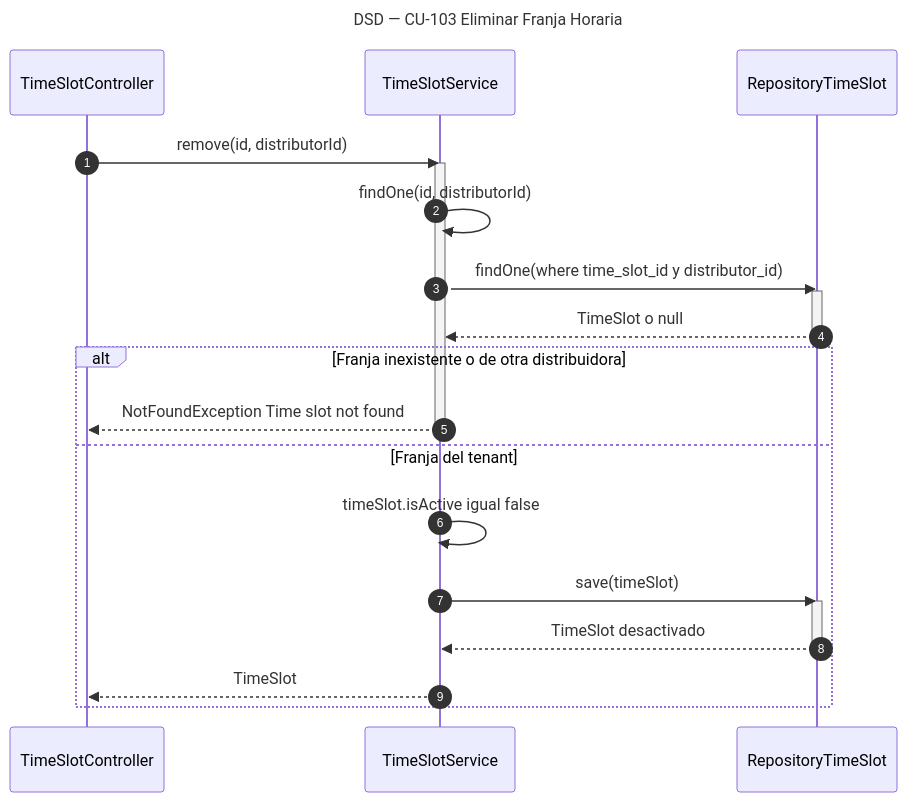
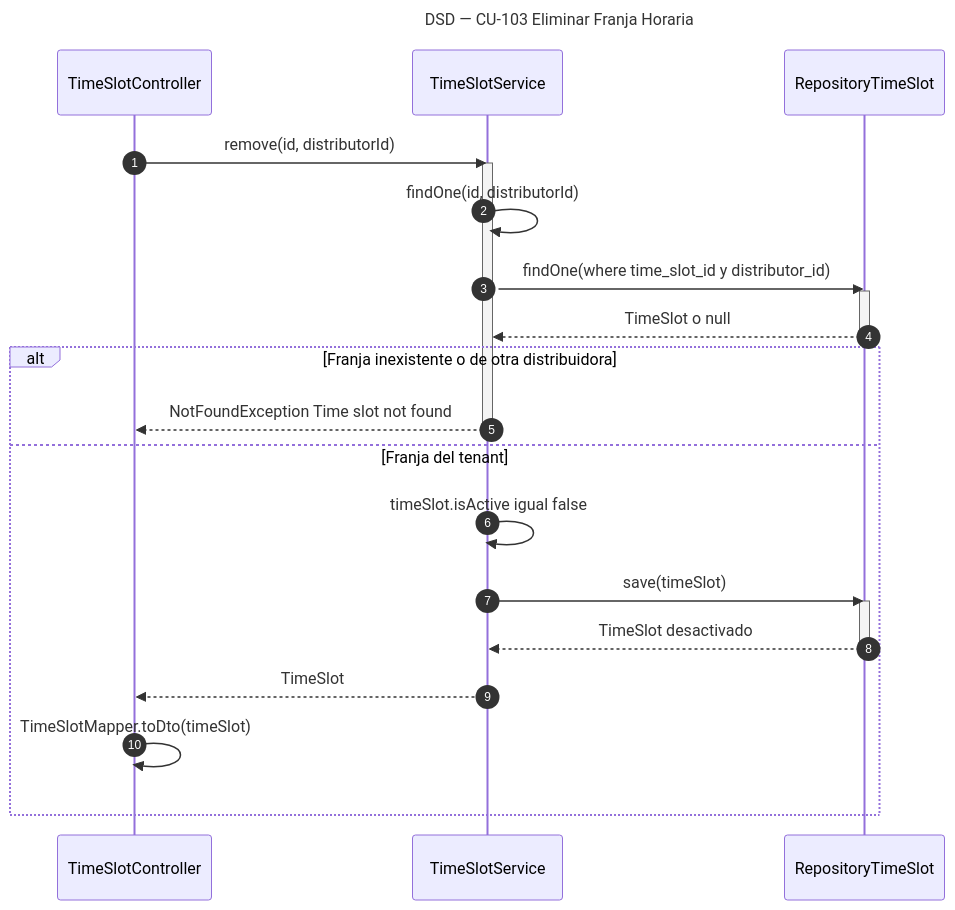
The diagram in diagramas/DSD_CU-103_Eliminar-Franja-Horaria.mmd (Nahuelito-Dev/splg-docs), drawn with Mermaid before and after one commit. The commit also changed 4 other files, not shown here.

Commit message:
docs(dsd): franjas con TimeSlotResponseDto

```diff
--- a/diagramas/DSD_CU-103_Eliminar-Franja-Horaria.mmd
+++ b/diagramas/DSD_CU-103_Eliminar-Franja-Horaria.mmd
@@ -1,25 +1,26 @@
 sequenceDiagram
     title DSD — CU-103 Eliminar Franja Horaria
     autonumber
     participant CTRL as TimeSlotController
     participant SRV as TimeSlotService
     participant TREP as RepositoryTimeSlot
 
     CTRL->>SRV: remove(id, distributorId)
     activate SRV
     SRV->>SRV: findOne(id, distributorId)
     SRV->>TREP: findOne(where time_slot_id y distributor_id)
     activate TREP
     TREP-->>SRV: TimeSlot o null
     deactivate TREP
     alt Franja inexistente o de otra distribuidora
         SRV-->>CTRL: NotFoundException Time slot not found
         deactivate SRV
     else Franja del tenant
         SRV->>SRV: timeSlot.isActive igual false
         SRV->>TREP: save(timeSlot)
         activate TREP
         TREP-->>SRV: TimeSlot desactivado
         deactivate TREP
         SRV-->>CTRL: TimeSlot
+        CTRL->>CTRL: TimeSlotMapper.toDto(timeSlot)
     end
```
